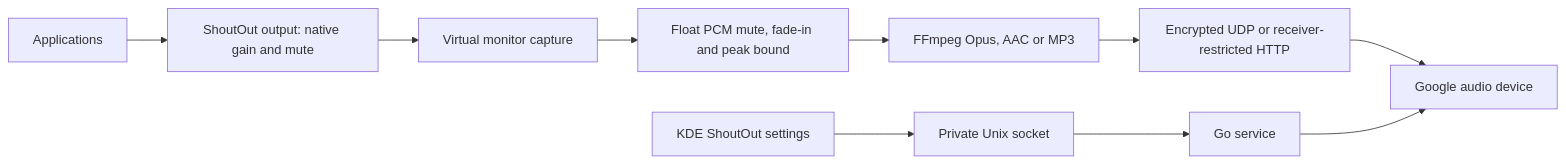
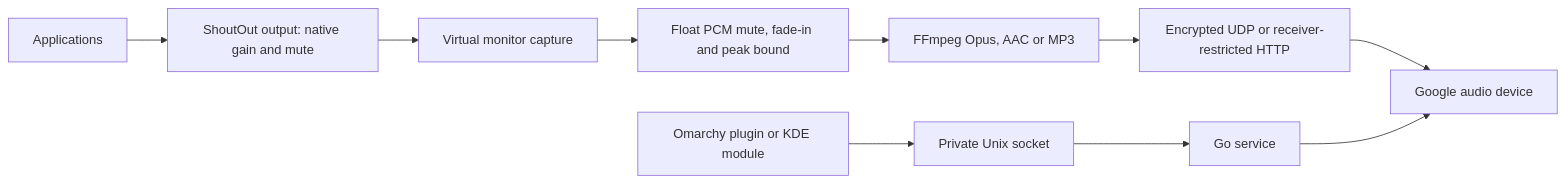
One commit to MADS0LADEN/omashoutout changed the diagram in docs/PLAN.md. Above: the diagram before and after it, drawn with Mermaid. The commit also changed other lines of this file and 15 other files, not shown here.

First line of the commit message:
Add an Omarchy bar panel for destination and playback settings.

````diff
--- a/docs/PLAN.md
+++ b/docs/PLAN.md
@@ -7,12 +7,12 @@
 ```mermaid
 flowchart LR
     Applications --> Sink[ShoutOut output: native gain and mute]
     Sink --> Capture[Virtual monitor capture]
     Capture --> PCM[Float PCM mute, fade-in and peak bound]
     PCM --> Encoder[FFmpeg Opus, AAC or MP3]
     Encoder --> Transport[Encrypted UDP or receiver-restricted HTTP]
     Transport --> Receiver[Google audio device]
-    Settings[KDE ShoutOut settings] --> IPC[Private Unix socket]
+    Settings[Omarchy plugin or KDE module] --> IPC[Private Unix socket]
     IPC --> Service[Go service]
     Service --> Receiver
 ```
````
